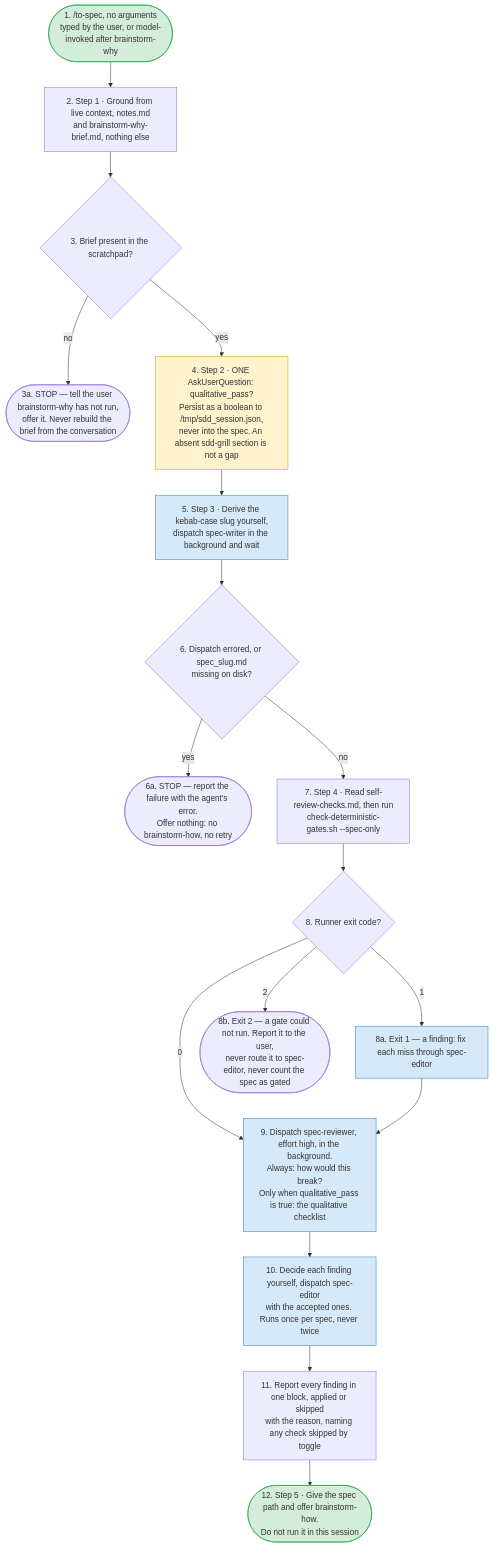
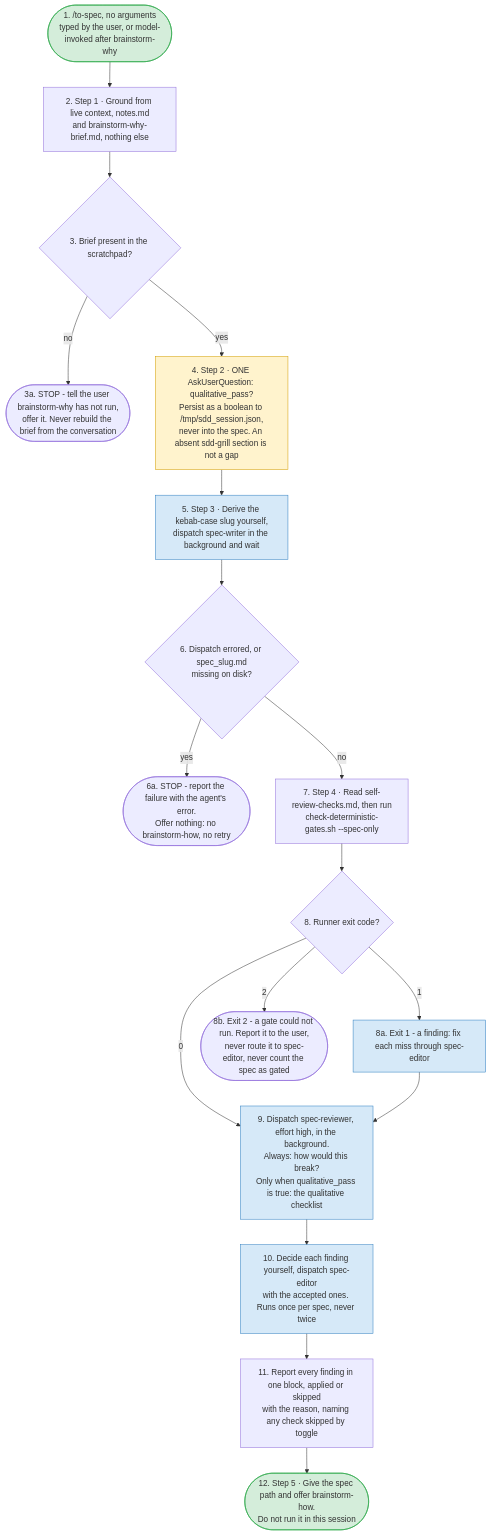
The diagram in configs/ai-docs/claude/skills/to-spec/assets/flowchart.md (brunogsa/unix-utils), drawn with Mermaid before and after one commit. The commit also changed other lines of this file and 350 other files, not shown here.

````diff
--- a/configs/ai-docs/claude/skills/to-spec/assets/flowchart.md
+++ b/configs/ai-docs/claude/skills/to-spec/assets/flowchart.md
@@ -13,34 +13,34 @@
 ```mermaid
 flowchart TD
   n1(["1. /to-spec, no arguments<br/>typed by the user, or model-invoked after brainstorm-why"]):::start
   n2["2. Step 1 · Ground from live context, notes.md<br/>and brainstorm-why-brief.md, nothing else"]
   n3{"3. Brief present in the scratchpad?"}
-  n3a(["3a. STOP — tell the user brainstorm-why has not run,<br/>offer it. Never rebuild the brief from the conversation"])
+  n3a(["3a. STOP - tell the user brainstorm-why has not run,<br/>offer it. Never rebuild the brief from the conversation"])
   n4["4. Step 2 · ONE AskUserQuestion: qualitative_pass?<br/>Persist as a boolean to /tmp/sdd_session.json,<br/>never into the spec. An absent sdd-grill section is not a gap"]:::gate
   n5["5. Step 3 · Derive the kebab-case slug yourself,<br/>dispatch spec-writer in the background and wait"]:::dispatch
   n6{"6. Dispatch errored, or spec_slug.md<br/>missing on disk?"}
-  n6a(["6a. STOP — report the failure with the agent's error.<br/>Offer nothing: no brainstorm-how, no retry"])
+  n6a(["6a. STOP - report the failure with the agent's error.<br/>Offer nothing: no brainstorm-how, no retry"])
   n7["7. Step 4 · Read self-review-checks.md, then run<br/>check-deterministic-gates.sh --spec-only"]
   n8{"8. Runner exit code?"}
-  n8a["8a. Exit 1 — a finding: fix each miss through spec-editor"]:::dispatch
-  n8b(["8b. Exit 2 — a gate could not run. Report it to the user,<br/>never route it to spec-editor, never count the spec as gated"])
+  n8a["8a. Exit 1 - a finding: fix each miss through spec-editor"]:::dispatch
+  n8b(["8b. Exit 2 - a gate could not run. Report it to the user,<br/>never route it to spec-editor, never count the spec as gated"])
   n9["9. Dispatch spec-reviewer, effort high, in the background.<br/>Always: how would this break?<br/>Only when qualitative_pass is true: the qualitative checklist"]:::dispatch
   n10["10. Decide each finding yourself, dispatch spec-editor<br/>with the accepted ones. Runs once per spec, never twice"]:::dispatch
   n11["11. Report every finding in one block, applied or skipped<br/>with the reason, naming any check skipped by toggle"]
   n12(["12. Step 5 · Give the spec path and offer brainstorm-how.<br/>Do not run it in this session"]):::done
 
   n1 --> n2 --> n3
   n3 -->|"no"| n3a
   n3 -->|"yes"| n4 --> n5 --> n6
   n6 -->|"yes"| n6a
   n6 -->|"no"| n7 --> n8
   n8 -->|"0"| n9
   n8 -->|"1"| n8a --> n9
   n8 -->|"2"| n8b
   n9 --> n10 --> n11 --> n12
 
   classDef start fill:#d4edda,stroke:#28a745
   classDef gate fill:#fff3cd,stroke:#d39e00
   classDef dispatch fill:#d6e9f8,stroke:#2f7fc1
   classDef done fill:#d4edda,stroke:#28a745
 ```
````
